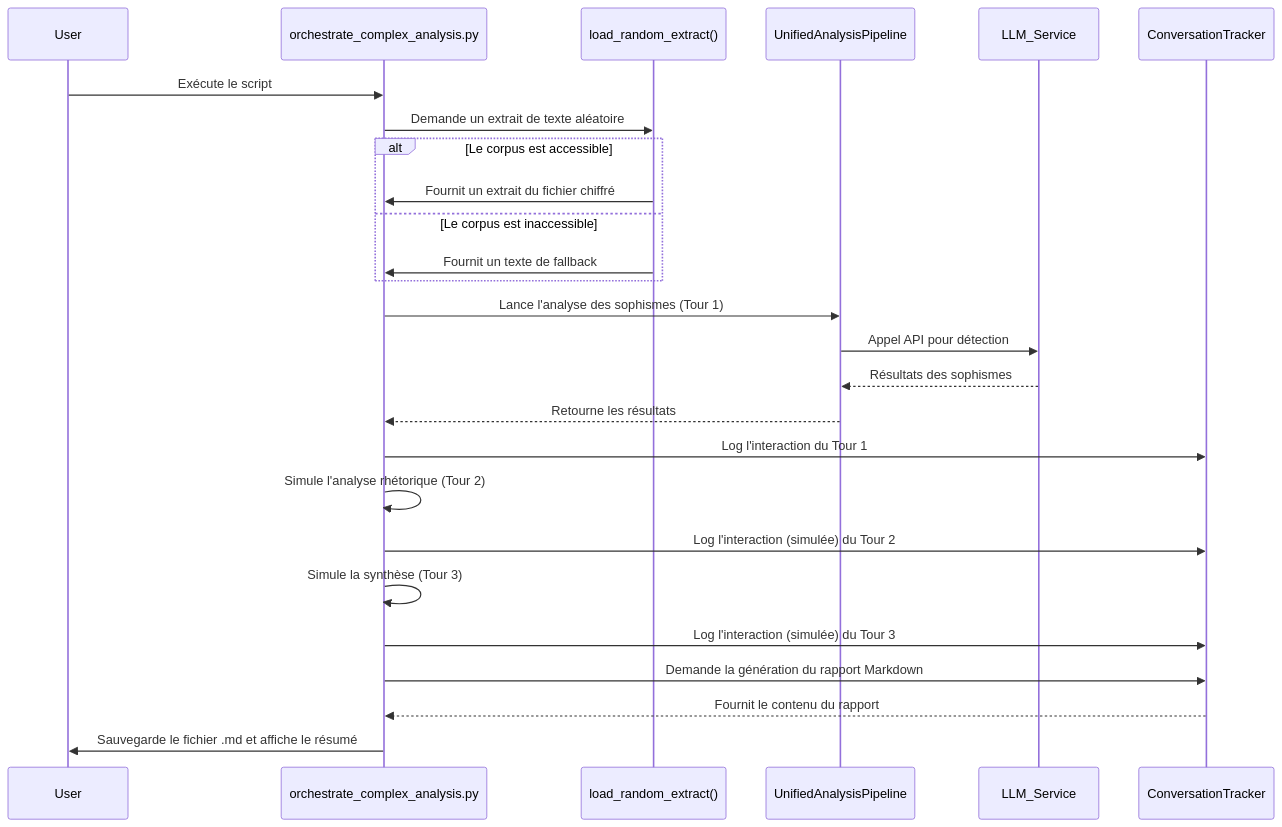
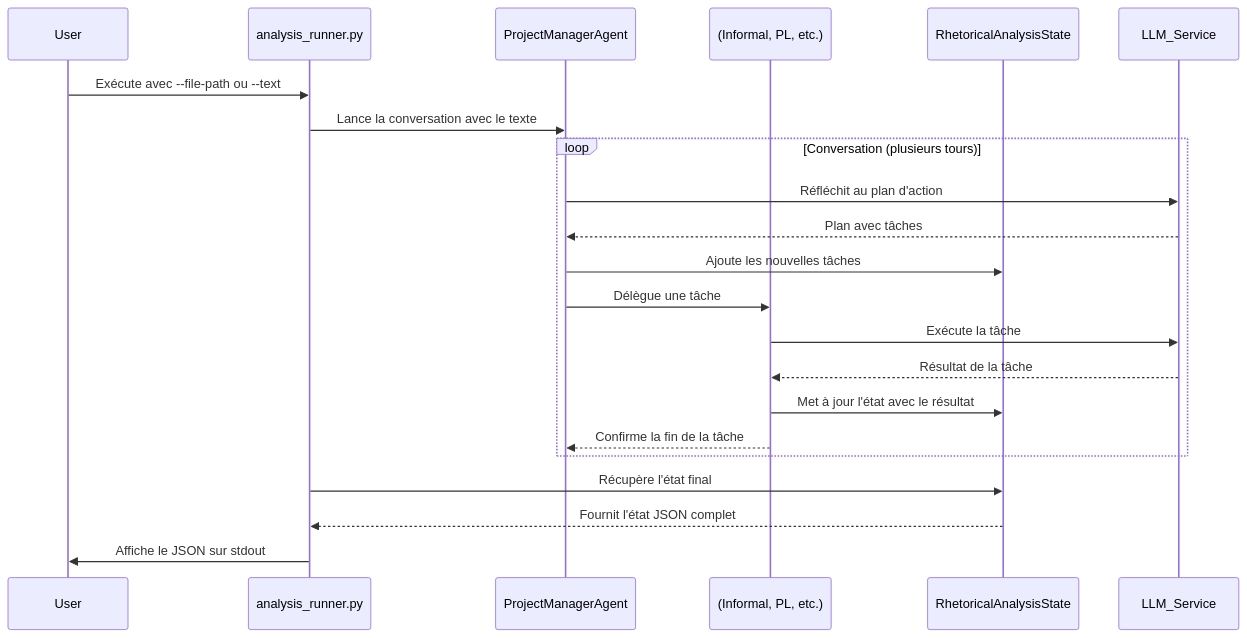
One commit to jsboigeEpita/2025-Epita-Intelligence-Symbolique changed the diagram in docs/verification/02_orchestrate_complex_analysis_plan.md. Above: the diagram before and after it, drawn with Mermaid. The commit also changed other lines of this file and 5 other files, not shown here.

````diff
--- a/docs/verification/02_orchestrate_complex_analysis_plan.md
+++ b/docs/verification/02_orchestrate_complex_analysis_plan.md
@@ -40,32 +44,28 @@
 ```mermaid
 sequenceDiagram
     participant User
-    participant Script as orchestrate_complex_analysis.py
-    participant Corpus as load_random_extract()
-    participant Pipeline as UnifiedAnalysisPipeline
+    participant Runner as analysis_runner.py
+    participant PM_Agent as ProjectManagerAgent
+    participant Worker_Agent as (Informal, PL, etc.)
+    participant State as RhetoricalAnalysisState
     participant LLM_Service
-    participant Report as ConversationTracker
 
-    User->>Script: Exécute le script
-    Script->>Corpus: Demande un extrait de texte aléatoire
-    alt Le corpus est accessible
-        Corpus->>Script: Fournit un extrait du fichier chiffré
-    else Le corpus est inaccessible
-        Corpus->>Script: Fournit un texte de fallback
+    User->>Runner: Exécute avec --file-path ou --text
+    Runner->>PM_Agent: Lance la conversation avec le texte
+    
+    loop Conversation (plusieurs tours)
+        PM_Agent->>LLM_Service: Réfléchit au plan d'action
+        LLM_Service-->>PM_Agent: Plan avec tâches
+        PM_Agent->>State: Ajoute les nouvelles tâches
+        PM_Agent->>Worker_Agent: Délègue une tâche
+        
+        Worker_Agent->>LLM_Service: Exécute la tâche
+        LLM_Service-->>Worker_Agent: Résultat de la tâche
+        Worker_Agent->>State: Met à jour l'état avec le résultat
+        Worker_Agent-->>PM_Agent: Confirme la fin de la tâche
     end
-    Script->>Pipeline: Lance l'analyse des sophismes (Tour 1)
-    Pipeline->>LLM_Service: Appel API pour détection
-    LLM_Service-->>Pipeline: Résultats des sophismes
-    Pipeline-->>Script: Retourne les résultats
-    Script->>Report: Log l'interaction du Tour 1
-    
-    Script->>Script: Simule l'analyse rhétorique (Tour 2)
-    Script->>Report: Log l'interaction (simulée) du Tour 2
-    
-    Script->>Script: Simule la synthèse (Tour 3)
-    Script->>Report: Log l'interaction (simulée) du Tour 3
 
-    Script->>Report: Demande la génération du rapport Markdown
-    Report-->>Script: Fournit le contenu du rapport
-    Script->>User: Sauvegarde le fichier .md et affiche le résumé
+    Runner->>State: Récupère l'état final
+    State-->>Runner: Fournit l'état JSON complet
+    Runner->>User: Affiche le JSON sur stdout
 ```
````
